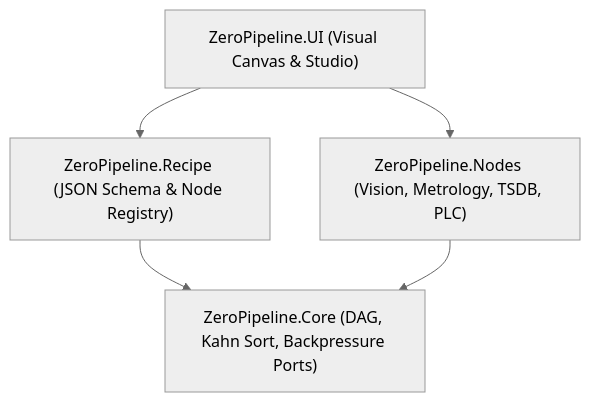
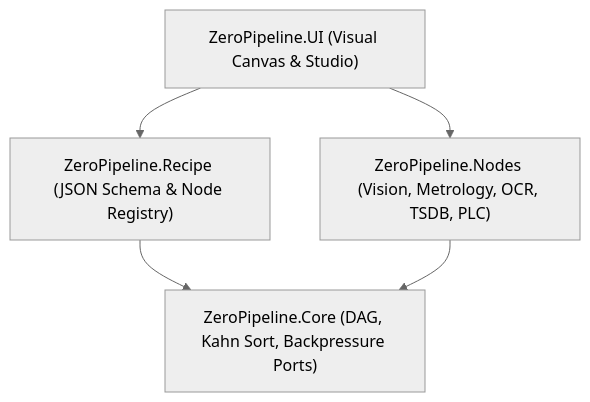
Before and after one commit to kzxl/ZeroPipeline: the diagram in README.md, drawn with Mermaid (neutral theme). The commit also changed other lines of this file, not shown here.

Commit message:
docs(pipeline): update README with v1.4.0 OCR inspection node and tier architecture

````diff
--- a/README.md
+++ b/README.md
@@ -16,12 +16,12 @@
 ```mermaid
 graph TD
     UI["ZeroPipeline.UI (Visual Canvas & Studio)"]
     Recipe["ZeroPipeline.Recipe (JSON Schema & Node Registry)"]
-    Nodes["ZeroPipeline.Nodes (Vision, Metrology, TSDB, PLC)"]
+    Nodes["ZeroPipeline.Nodes (Vision, Metrology, OCR, TSDB, PLC)"]
     Core["ZeroPipeline.Core (DAG, Kahn Sort, Backpressure Ports)"]
 
     UI --> Recipe
     UI --> Nodes
     Recipe --> Core
     Nodes --> Core
 ```
````
